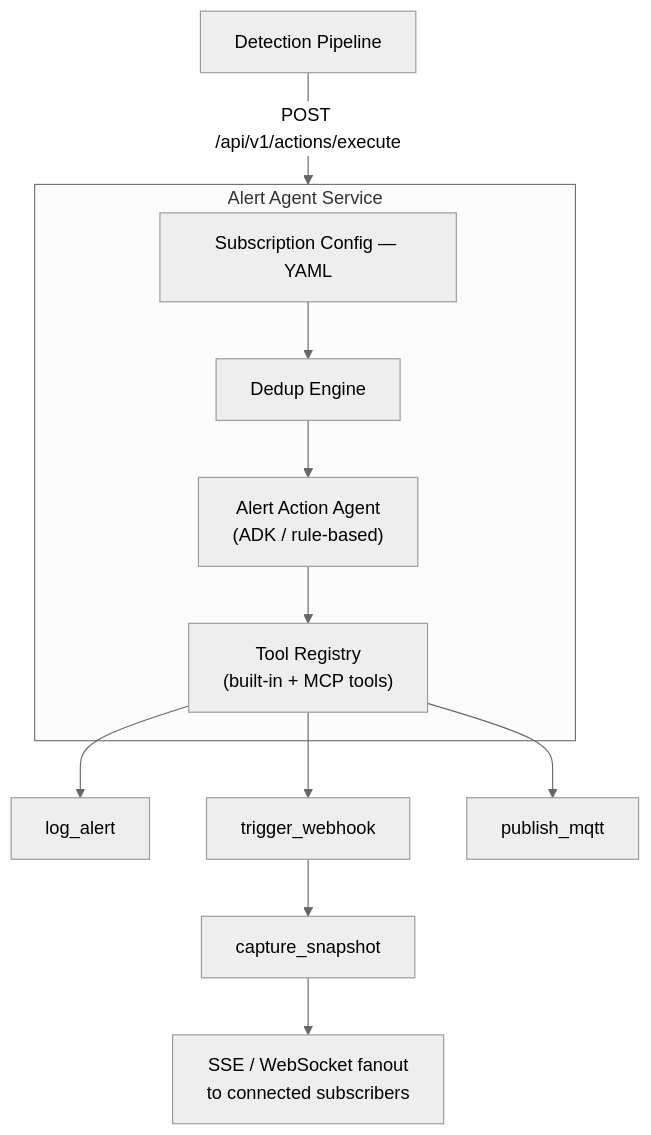
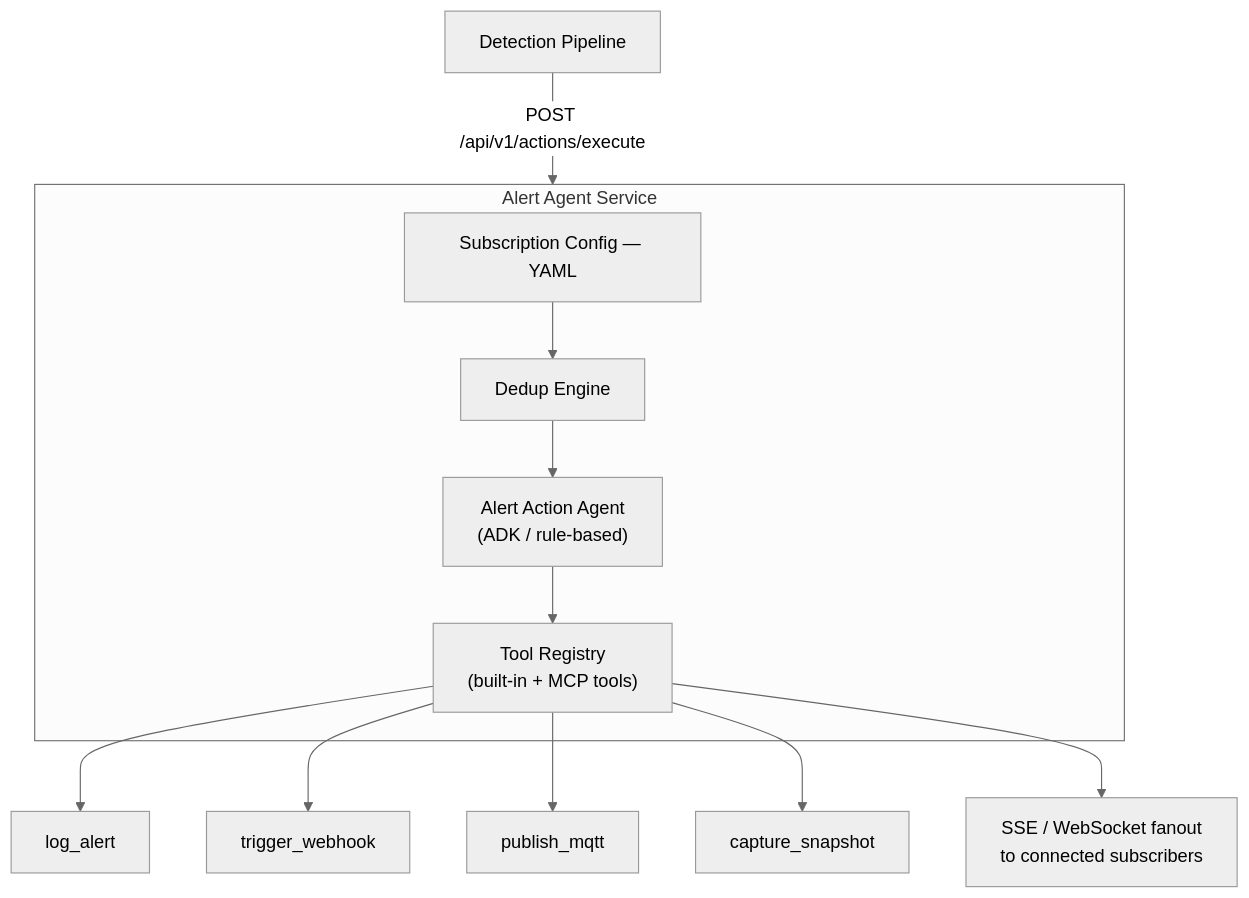
The diagram in microservices/alert-agent-service/docs/user-guide/how-it-works.md (open-edge-platform/edge-ai-libraries), drawn with Mermaid (neutral theme) before and after one commit. The commit also changed other lines of this file and 4 other files, not shown here.

````diff
--- a/microservices/alert-agent-service/docs/user-guide/how-it-works.md
+++ b/microservices/alert-agent-service/docs/user-guide/how-it-works.md
@@ -16,18 +21,18 @@
 ```mermaid
 flowchart TD
     A[Detection Pipeline] -->|POST /api/v1/actions/execute| B
 
     subgraph B[Alert Agent Service]
         C[Subscription Config — YAML]
         D[Dedup Engine]
         E["Alert Action Agent<br/>(ADK / rule-based)"]
         F["Tool Registry<br/>(built-in + MCP tools)"]
         C --> D --> E --> F
     end
 
     F --> G[log_alert]
     F --> H[trigger_webhook]
     F --> I[publish_mqtt]
-    H --> J[capture_snapshot]
-    J --> K["SSE / WebSocket fanout<br/>to connected subscribers"]
+    F --> J[capture_snapshot]
+    F --> K["SSE / WebSocket fanout<br/>to connected subscribers"]
 ```
````
